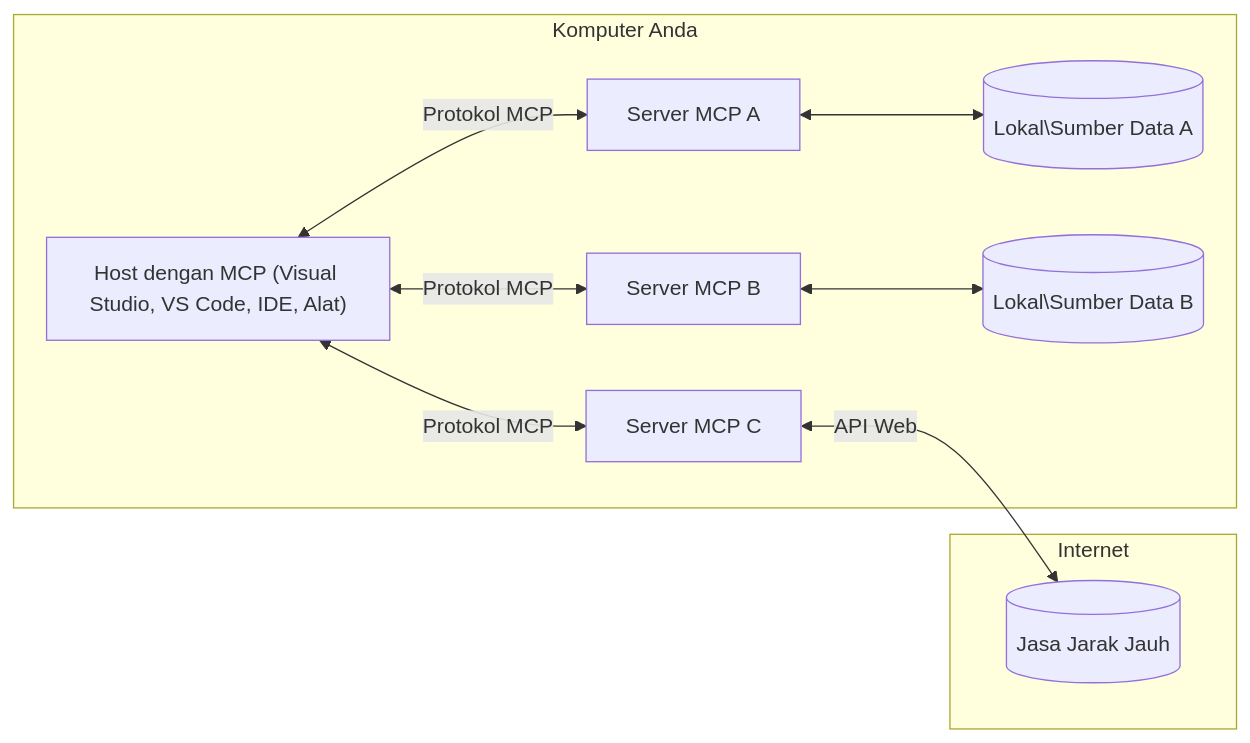
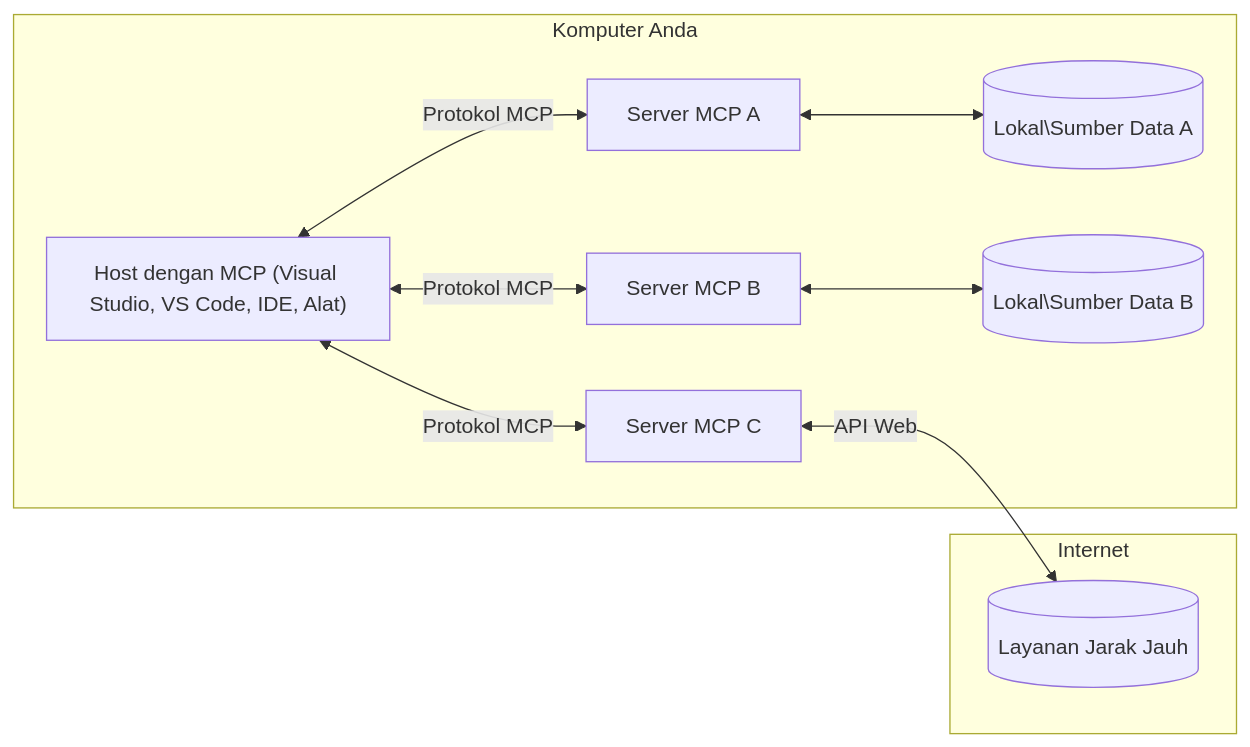
The diagram in mcp_ecosystem__model_context_protocol/mcp_learning_resources/mcp-for-beginners/translations/id/01-CoreConcepts/README.md (HIDORAKAI002/ai-workspace-archive), drawn with Mermaid before and after one commit. The commit also changed other lines of this file and 1046 other files, not shown here.

````diff
--- a/mcp_ecosystem__model_context_protocol/mcp_learning_resources/mcp-for-beginners/translations/id/01-CoreConcepts/README.md
+++ b/mcp_ecosystem__model_context_protocol/mcp_learning_resources/mcp-for-beginners/translations/id/01-CoreConcepts/README.md
@@ -45,17 +45,17 @@
 ```mermaid
 flowchart LR
     subgraph "Komputer Anda"
         Host["Host dengan MCP (Visual Studio, VS Code, IDE, Alat)"]
         S1["Server MCP A"]
         S2["Server MCP B"]
         S3["Server MCP C"]
         Host <-->|"Protokol MCP"| S1
         Host <-->|"Protokol MCP"| S2
         Host <-->|"Protokol MCP"| S3
         S1 <--> D1[("Lokal\Sumber Data A")]
         S2 <--> D2[("Lokal\Sumber Data B")]
     end
     subgraph "Internet"
-        S3 <-->|"API Web"| D3[("Jasa Jarak Jauh")]
+        S3 <-->|"API Web"| D3[("Layanan Jarak Jauh")]
     end
 ```
````
